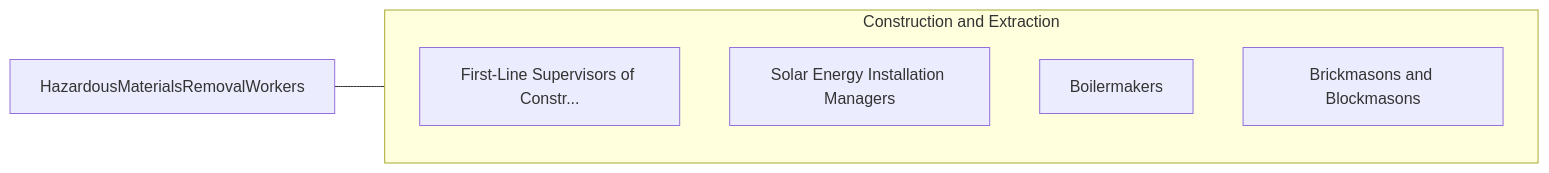
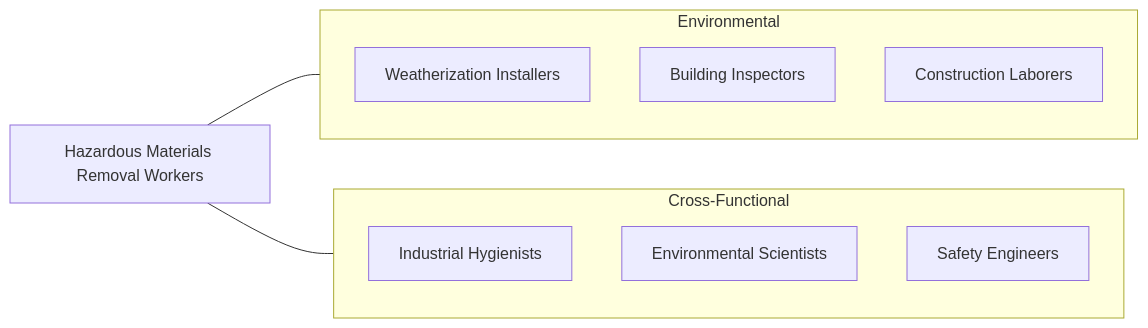
Before and after one commit to kziemski/business.org.ai: the fourth of 4 diagrams in occupations/Construction/HazardousMaterialsRemovalWorkers.mdx, drawn with Mermaid. The commit also changed other lines of this file and 938 other files, not shown here.

````diff
--- a/occupations/Construction/HazardousMaterialsRemovalWorkers.mdx
+++ b/occupations/Construction/HazardousMaterialsRemovalWorkers.mdx
@@ -112,13 +220,19 @@
 ```mermaid
 graph LR
-    Current["HazardousMaterialsRemovalWorkers"]
+    Current["Hazardous Materials Removal Workers"]
 
-    subgraph SameCategory["Construction and Extraction"]
-        FirstLineSupervisors["First-Line Supervisors of Constr..."]
-        SolarEnergyInstallat["Solar Energy Installation Managers"]
-        Boilermakers["Boilermakers"]
-        BrickmasonsAndBlockm["Brickmasons and Blockmasons"]
+    subgraph SameCategory["Environmental"]
+        Weather["Weatherization Installers"]
+        Inspector["Building Inspectors"]
+        Laborer["Construction Laborers"]
+    end
+
+    subgraph CrossFunctional["Cross-Functional"]
+        IH["Industrial Hygienists"]
+        EnvSci["Environmental Scientists"]
+        Safety["Safety Engineers"]
     end
 
     Current --- SameCategory
+    Current --- CrossFunctional
 ```
````
